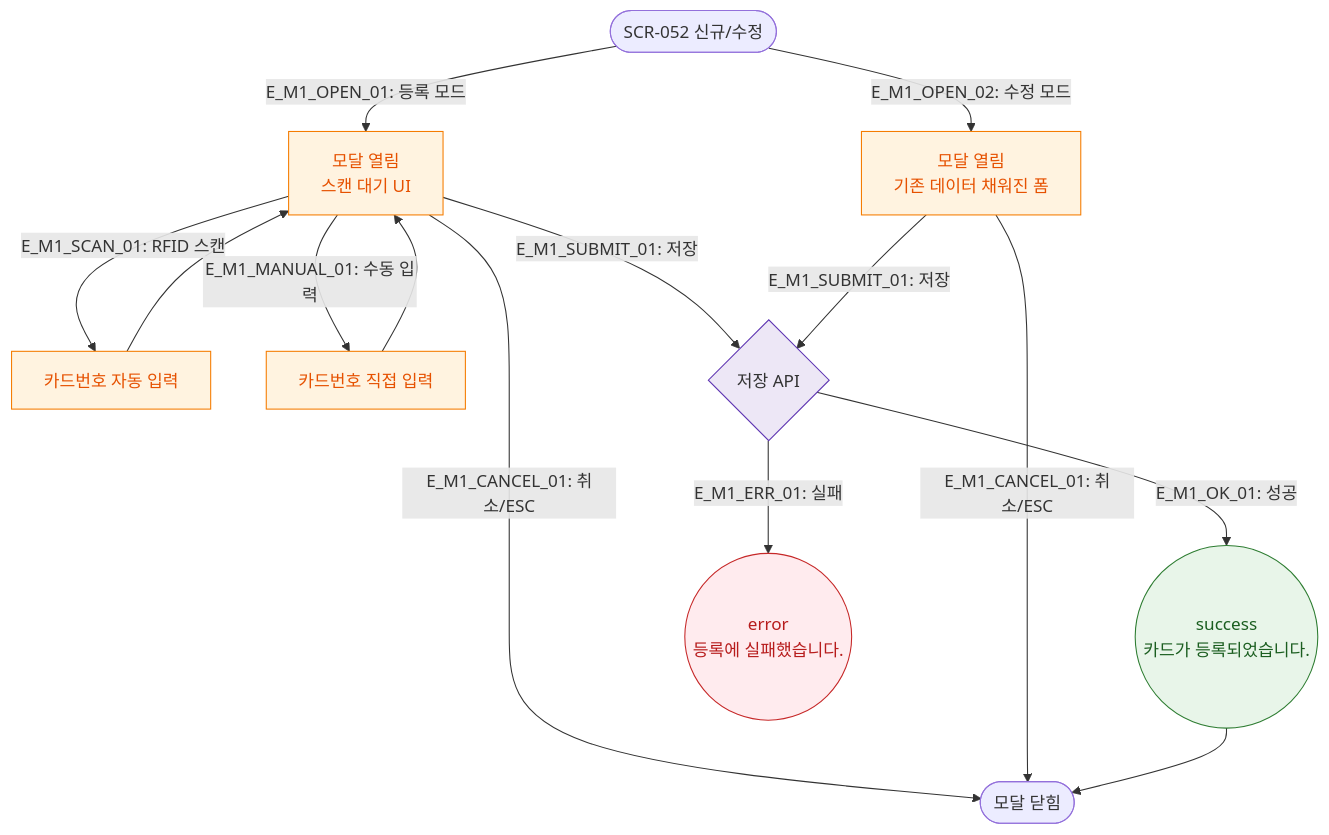
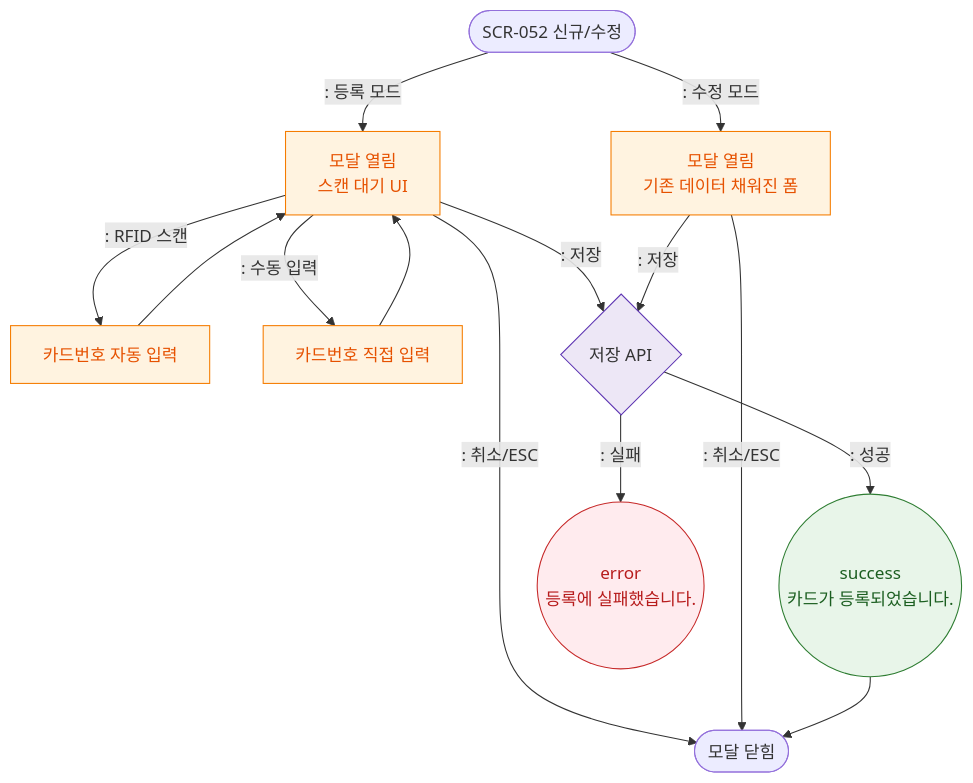
Before and after one commit to dev-spogym/admin-pando: the diagram in docs/다이어그램/D06_시설관리/DLG/DLG-052-001_RFID등록수정/M1_생명주기.md, drawn with Mermaid. The commit also changed other lines of this file and 1660 other files, not shown here.

First line of the commit message:
다이어그램: 기획자/클라이언트 납품본으로 정리

````diff
--- a/docs/다이어그램/D06_시설관리/DLG/DLG-052-001_RFID등록수정/M1_생명주기.md
+++ b/docs/다이어그램/D06_시설관리/DLG/DLG-052-001_RFID등록수정/M1_생명주기.md
@@ -16,25 +14,25 @@
 ```mermaid
 flowchart TD
-    TRIGGER([SCR-052 신규/수정]) -->|"E_M1_OPEN_01: 등록 모드"| OPEN_NEW[모달 열림\n스캔 대기 UI]
-    TRIGGER -->|"E_M1_OPEN_02: 수정 모드"| OPEN_EDIT[모달 열림\n기존 데이터 채워진 폼]
+    TRIGGER([SCR-052 신규/수정]) -->|": 등록 모드"|OPEN_NEW[모달 열림\n스캔 대기 UI]
+    TRIGGER -->|": 수정 모드"|OPEN_EDIT[모달 열림\n기존 데이터 채워진 폼]
 
-    OPEN_NEW -->|"E_M1_SCAN_01: RFID 스캔"| ScanResult[카드번호 자동 입력]
-    OPEN_NEW -->|"E_M1_MANUAL_01: 수동 입력"| ManualInput[카드번호 직접 입력]
+    OPEN_NEW -->|": RFID 스캔"|ScanResult[카드번호 자동 입력]
+    OPEN_NEW -->|": 수동 입력"|ManualInput[카드번호 직접 입력]
     ScanResult --> OPEN_NEW
     ManualInput --> OPEN_NEW
 
-    OPEN_NEW & OPEN_EDIT -->|"E_M1_SUBMIT_01: 저장"| SaveAPI{저장 API}
-    SaveAPI -->|"E_M1_OK_01: 성공"| SUCCESS((success\n카드가 등록되었습니다.))
-    SaveAPI -->|"E_M1_ERR_01: 실패"| FAIL((error\n등록에 실패했습니다.))
-    OPEN_NEW & OPEN_EDIT -->|"E_M1_CANCEL_01: 취소/ESC"| CLOSED([모달 닫힘])
+    OPEN_NEW & OPEN_EDIT -->|": 저장"|SaveAPI{저장 API}
+    SaveAPI -->|": 성공"|SUCCESS((success\n카드가 등록되었습니다.))
+    SaveAPI -->|": 실패"|FAIL((error\n등록에 실패했습니다.))
+    OPEN_NEW & OPEN_EDIT -->|": 취소/ESC"|CLOSED([모달 닫힘])
     SUCCESS --> CLOSED
 
     classDef modal fill:#FFF3E0,stroke:#F57C00,color:#E65100
     classDef success fill:#E8F5E9,stroke:#2E7D32,color:#1B5E20
     classDef error fill:#FFEBEE,stroke:#C62828,color:#B71C1C
     classDef system fill:#EDE7F6,stroke:#5E35B2
     class OPEN_NEW,OPEN_EDIT,ScanResult,ManualInput modal
     class SUCCESS success
     class FAIL error
     class SaveAPI system
 ```
````
